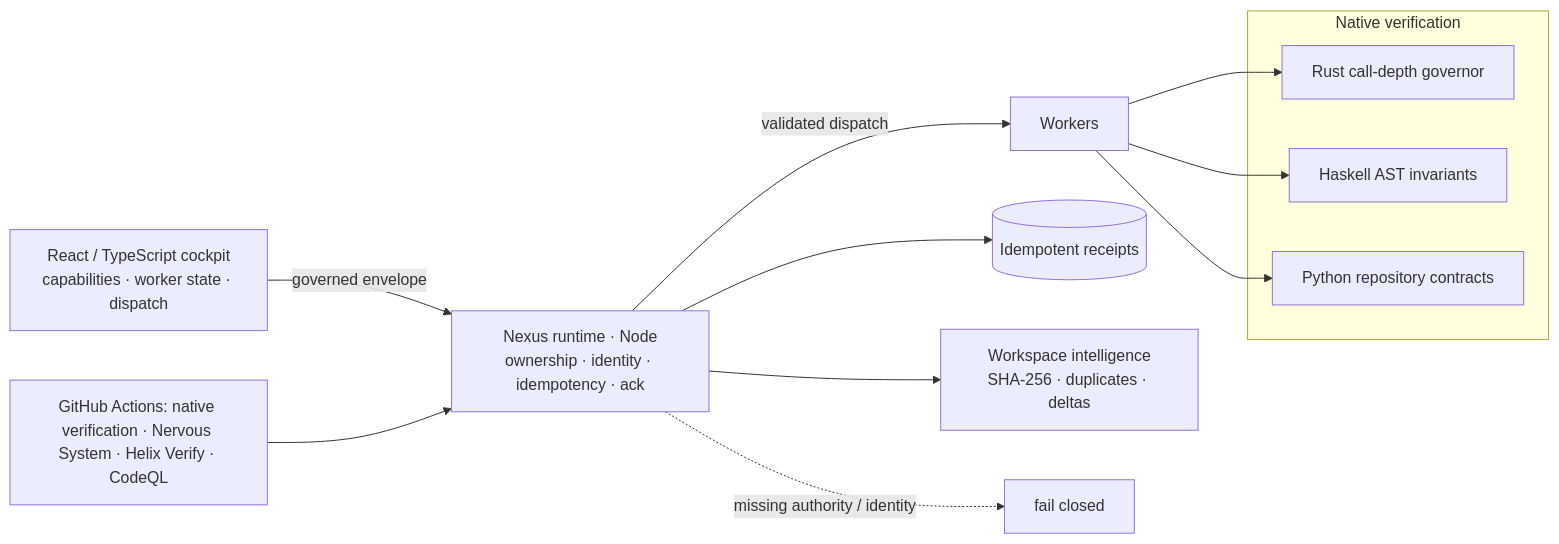
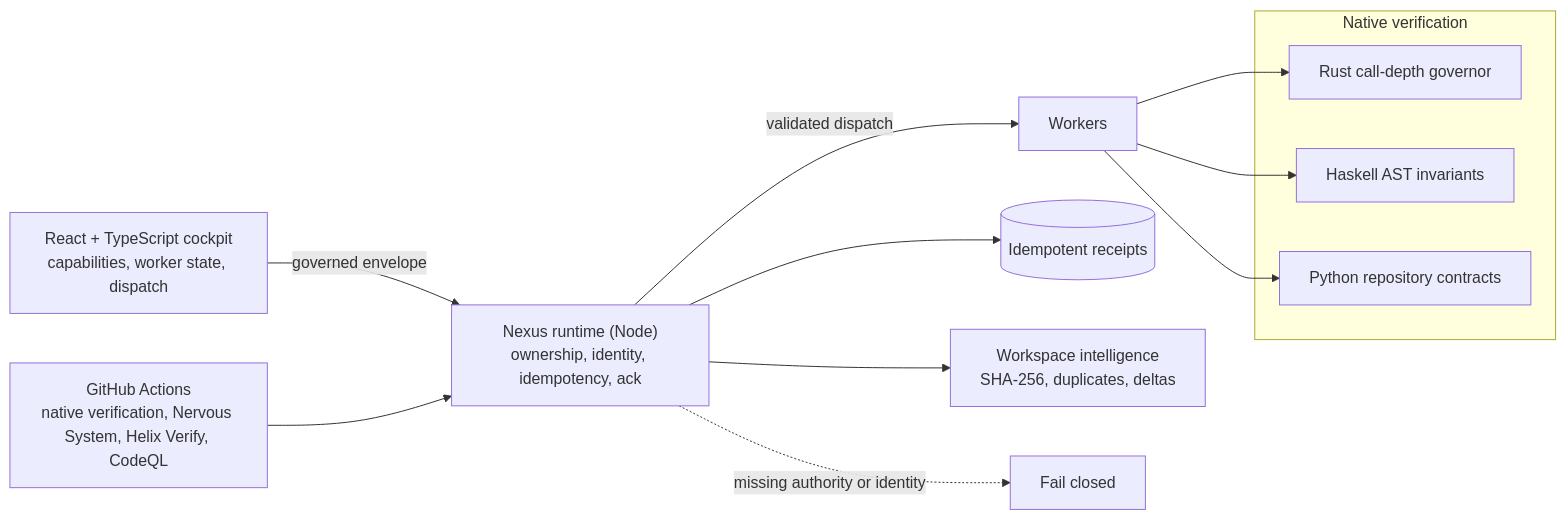
Before and after one commit to GlacierEQ/pro-code: the diagram in README.md, drawn with Mermaid.

Commit message:
README: simplify mermaid diagram so GitHub renders it

````diff
--- a/README.md
+++ b/README.md
@@ -23,15 +23,17 @@
 ```mermaid
 flowchart LR
-  UI[React / TypeScript cockpit<br/>capabilities · worker state · dispatch] -->|governed envelope| NX[Nexus runtime · Node<br/>ownership · identity · idempotency · ack]
-  NX -->|validated dispatch| W[Workers]
-  NX --> R[(Idempotent receipts)]
-  NX --> WI[Workspace intelligence<br/>SHA-256 · duplicates · deltas]
-  NX -.->|missing authority / identity| FC[fail closed]
-  subgraph Native verification
-    RS[Rust call-depth governor]
-    HS[Haskell AST invariants]
-    PY[Python repository contracts]
+  UI["React + TypeScript cockpit<br/>capabilities, worker state, dispatch"] -->|governed envelope| NX["Nexus runtime (Node)<br/>ownership, identity, idempotency, ack"]
+  NX -->|validated dispatch| W["Workers"]
+  NX --> R[("Idempotent receipts")]
+  NX --> WI["Workspace intelligence<br/>SHA-256, duplicates, deltas"]
+  NX -.->|missing authority or identity| FC["Fail closed"]
+  subgraph NV["Native verification"]
+    RS["Rust call-depth governor"]
+    HS["Haskell AST invariants"]
+    PY["Python repository contracts"]
   end
-  W --> RS & HS & PY
-  CI[GitHub Actions: native verification · Nervous System · Helix Verify · CodeQL] --> NX
+  W --> RS
+  W --> HS
+  W --> PY
+  CI["GitHub Actions<br/>native verification, Nervous System, Helix Verify, CodeQL"] --> NX
 ```
````
